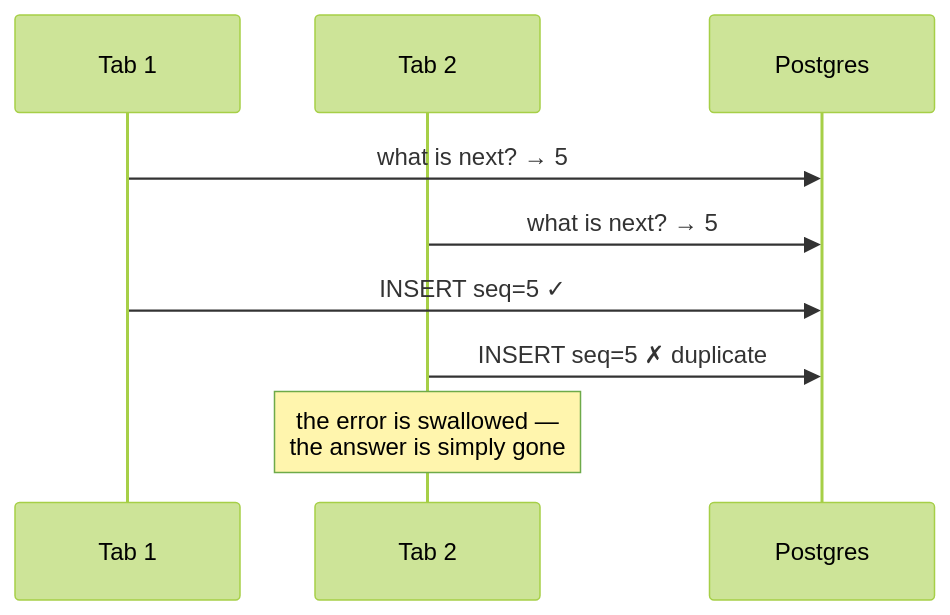
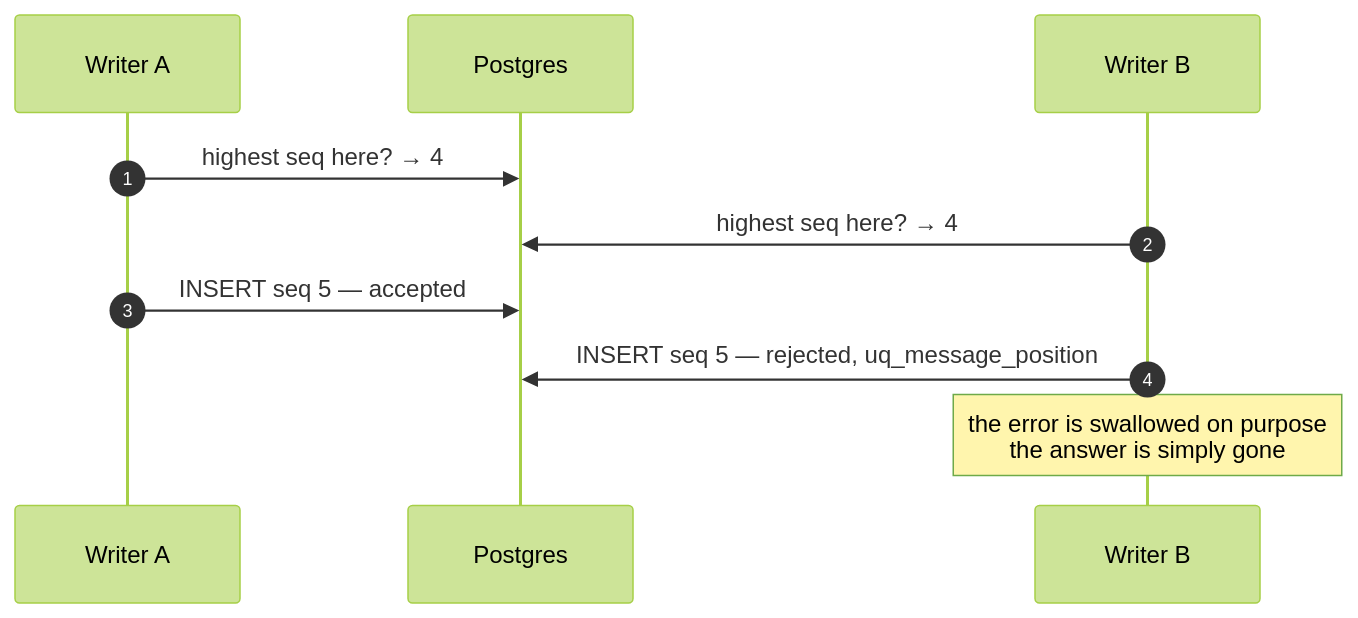
Before and after one commit to selvakumarperumal/Corporate_Filing_Analyzer_Agent: the ninth of 17 diagrams in docs/TESTING-SCALING.md, drawn with Mermaid (forest theme). The commit also changed other lines of this file, not shown here.

Commit message:
docs: enrich scaling test breakdowns with detailed sequence flows, SQL examples, and negative test rigs

````diff
--- a/docs/TESTING-SCALING.md
+++ b/docs/TESTING-SCALING.md
@@ -341,11 +575,12 @@
 ```mermaid
 sequenceDiagram
-  participant T1 as Tab 1
-  participant T2 as Tab 2
+  autonumber
+  participant A as Writer A
   participant DB as Postgres
-  T1->>DB: what is next? → 5
-  T2->>DB: what is next? → 5
-  T1->>DB: INSERT seq=5 ✓
-  T2->>DB: INSERT seq=5 ✗ duplicate
-  Note over T2: the error is swallowed —<br/>the answer is simply gone
+  participant B as Writer B
+  A->>DB: highest seq here? → 4
+  B->>DB: highest seq here? → 4
+  A->>DB: INSERT seq 5 — accepted
+  B->>DB: INSERT seq 5 — rejected, uq_message_position
+  Note over B: the error is swallowed on purpose<br/>the answer is simply gone
 ```
````
